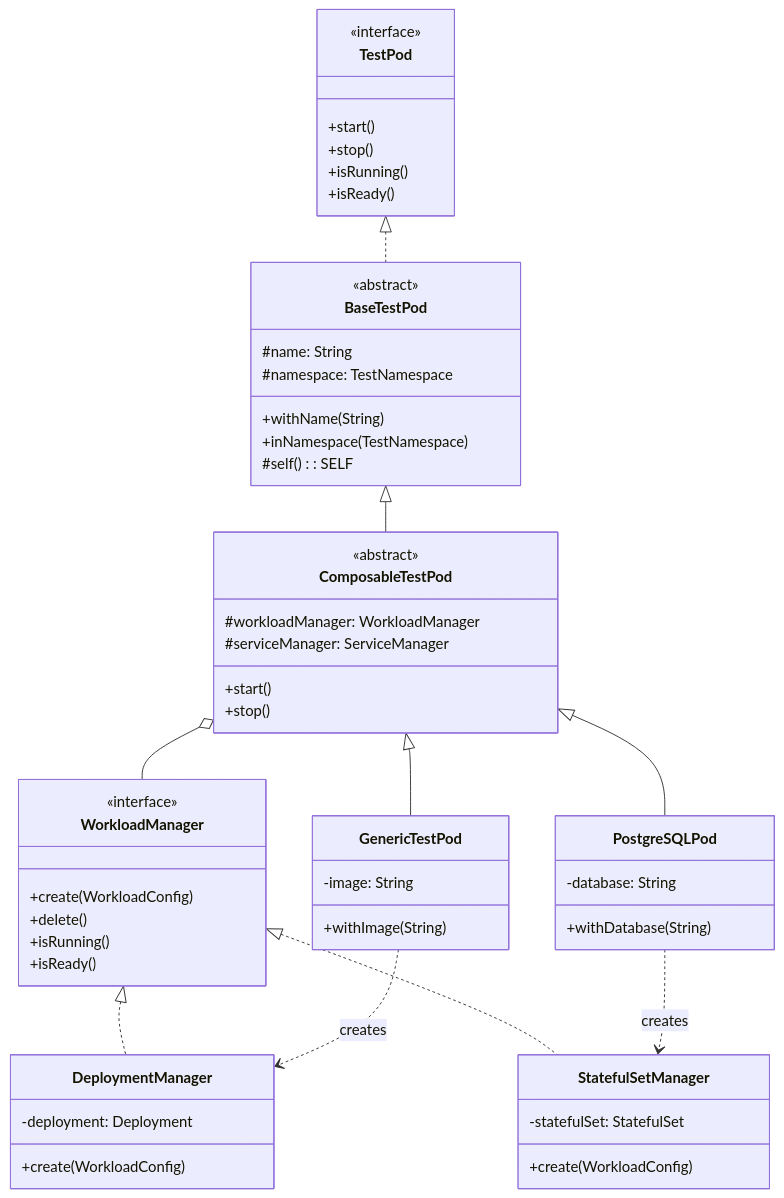
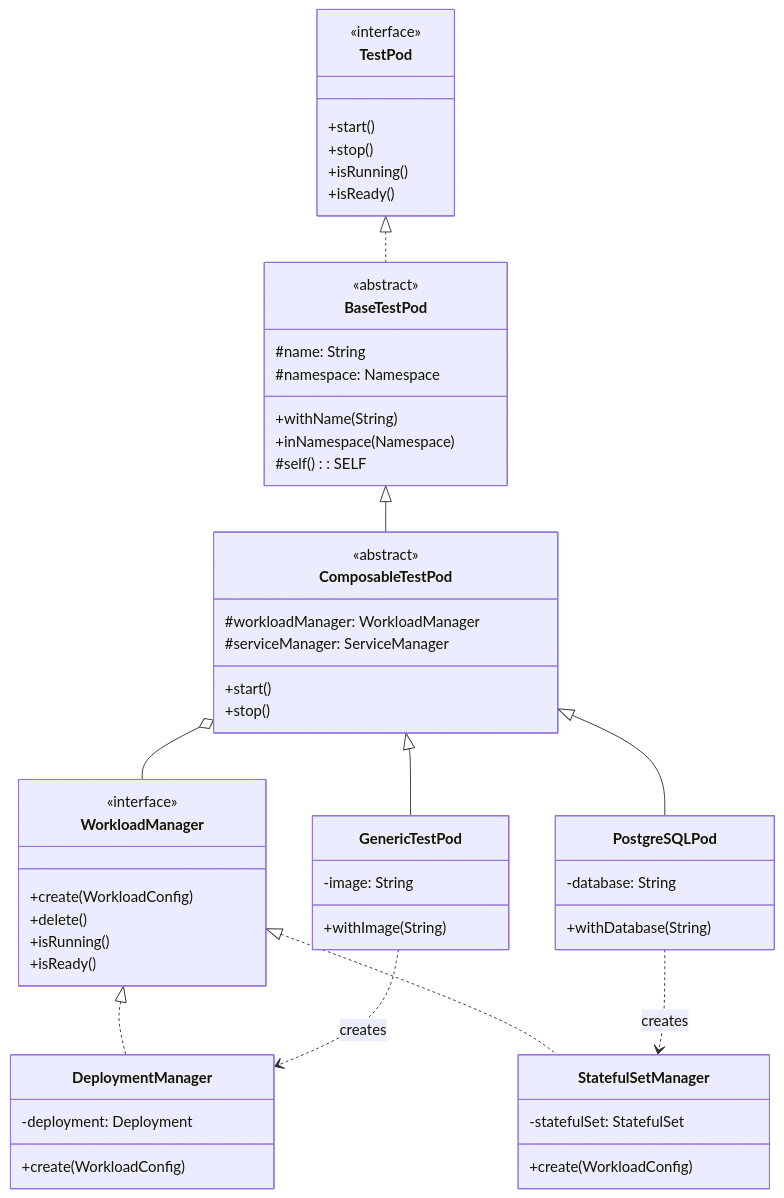
The diagram in specs/refactorings/plans/01-extract-workload-manager.md (testpods-org/testpods), drawn with Mermaid before and after one commit. The commit also changed 37 other files, not shown here.

Commit message:
Rename of TestNamespace to just Namespace. Update module names to be prefixed with testpods- while module name is still just the name of the module - like kafka modulename but testpods-kafka for artifactId.

````diff
--- a/specs/refactorings/plans/01-extract-workload-manager.md
+++ b/specs/refactorings/plans/01-extract-workload-manager.md
@@ -547,65 +547,65 @@
 ```mermaid
 classDiagram
     class TestPod {
         <<interface>>
         +start()
         +stop()
         +isRunning()
         +isReady()
     }
 
     class BaseTestPod {
         <<abstract>>
         #name: String
-        #namespace: TestNamespace
+        #namespace: Namespace
         +withName(String)
-        +inNamespace(TestNamespace)
+        +inNamespace(Namespace)
         #self(): SELF
     }
 
     class ComposableTestPod {
         <<abstract>>
         #workloadManager: WorkloadManager
         #serviceManager: ServiceManager
         +start()
         +stop()
     }
 
     class WorkloadManager {
         <<interface>>
         +create(WorkloadConfig)
         +delete()
         +isRunning()
         +isReady()
     }
 
     class DeploymentManager {
         -deployment: Deployment
         +create(WorkloadConfig)
     }
 
     class StatefulSetManager {
         -statefulSet: StatefulSet
         +create(WorkloadConfig)
     }
 
     class GenericTestPod {
         -image: String
         +withImage(String)
     }
 
     class PostgreSQLPod {
         -database: String
         +withDatabase(String)
     }
 
     TestPod <|.. BaseTestPod
     BaseTestPod <|-- ComposableTestPod
     ComposableTestPod <|-- GenericTestPod
     ComposableTestPod <|-- PostgreSQLPod
     ComposableTestPod o-- WorkloadManager
     WorkloadManager <|.. DeploymentManager
     WorkloadManager <|.. StatefulSetManager
     GenericTestPod ..> DeploymentManager : creates
     PostgreSQLPod ..> StatefulSetManager : creates
 ```
````
